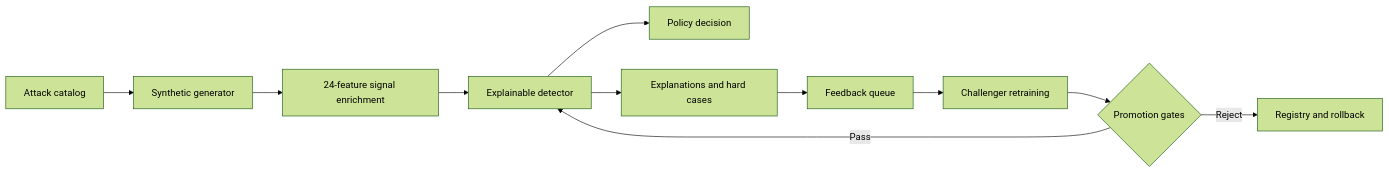
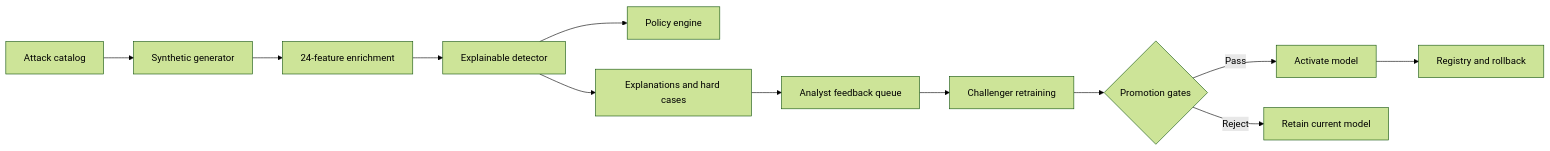
Before and after one commit to agnishant14/MasterShield: the diagram in README.md, drawn with Mermaid (forest theme). The commit also changed other lines of this file, not shown here.

````diff
--- a/README.md
+++ b/README.md
@@ -34,13 +45,14 @@
 ```mermaid
 flowchart LR
     A[Attack catalog] --> B[Synthetic generator]
-    B --> C[24-feature signal enrichment]
+    B --> C[24-feature enrichment]
     C --> D[Explainable detector]
-    D --> E[Policy decision]
+    D --> E[Policy engine]
     D --> F[Explanations and hard cases]
-    F --> G[Feedback queue]
+    F --> G[Analyst feedback queue]
     G --> H[Challenger retraining]
     H --> I{Promotion gates}
-    I -->|Pass| D
-    I -->|Reject| J[Registry and rollback]
+    I -->|Pass| J[Activate model]
+    I -->|Reject| K[Retain current model]
+    J --> L[Registry and rollback]
 ```
````
